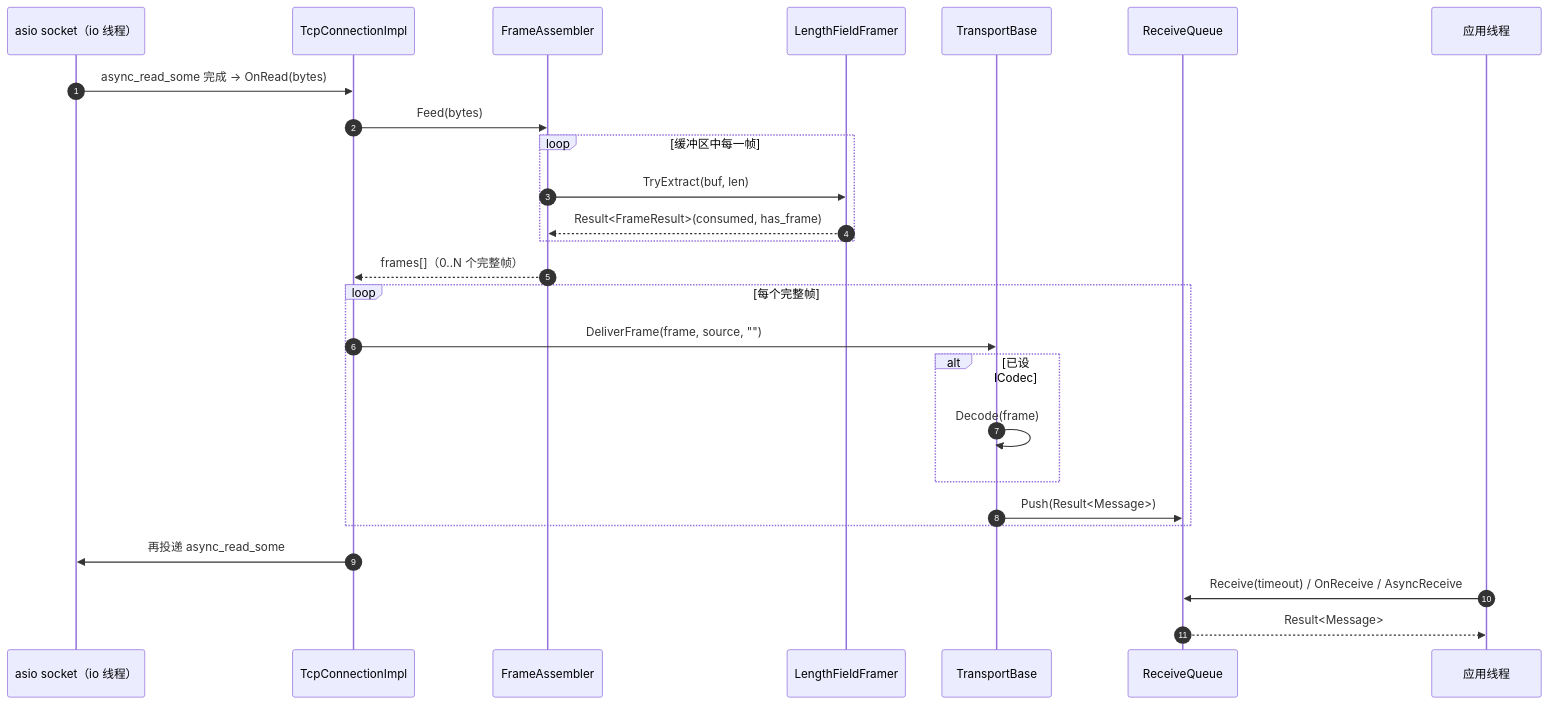
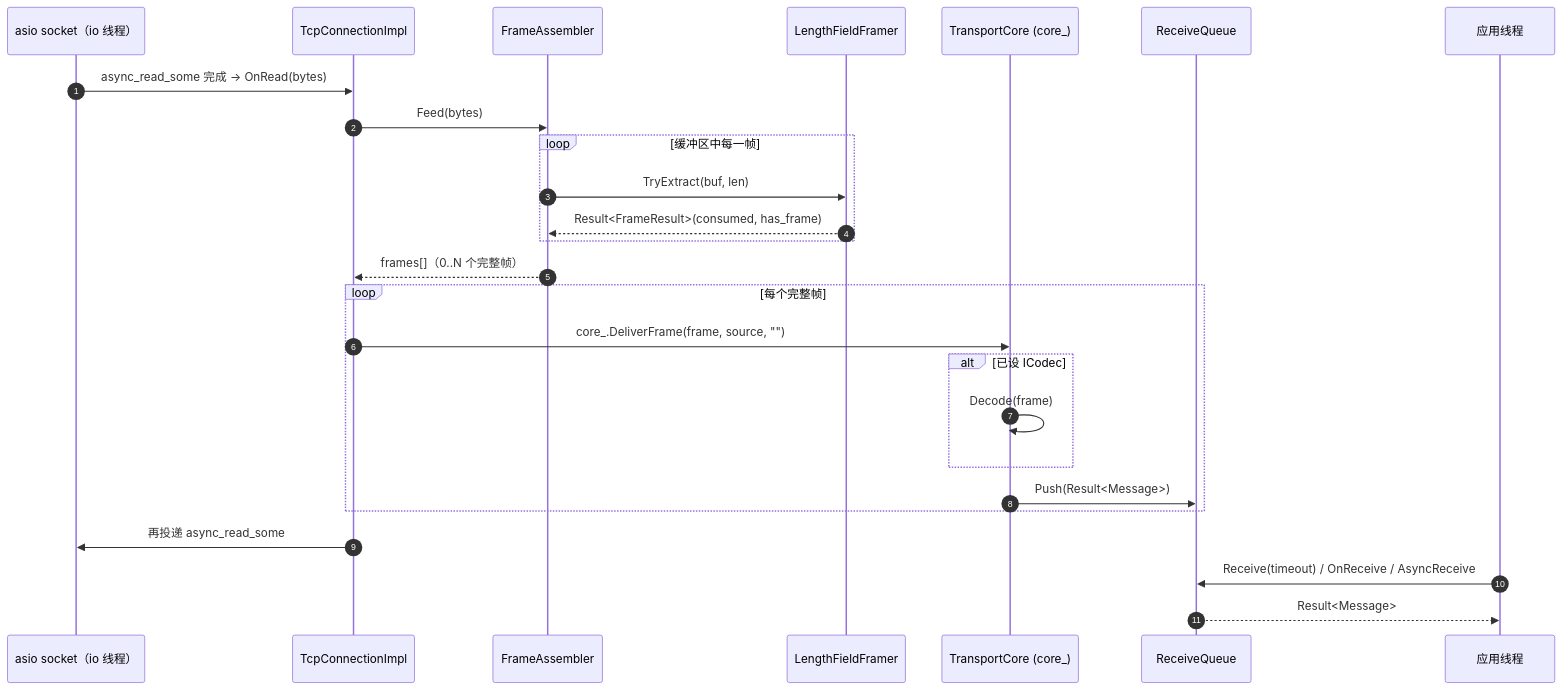
The third of 4 diagrams in docs/superpowers/specs/2026-06-10-foundation-tcp-architecture.md (Ste7an-cs/Transport), drawn with Mermaid before and after one commit. The commit also changed other lines of this file and 1 other file, not shown here.

Commit message:
docs: 重构落定——主 spec §3.4 与 as-built 架构文档改用 TransportCore 组合，并补入 UDP（类图/时序图/依赖说明）

````diff
--- a/docs/superpowers/specs/2026-06-10-foundation-tcp-architecture.md
+++ b/docs/superpowers/specs/2026-06-10-foundation-tcp-architecture.md
@@ -165,30 +201,30 @@
 ```mermaid
 sequenceDiagram
   autonumber
   participant Sock as asio socket（io 线程）
   participant Conn as TcpConnectionImpl
   participant FA as FrameAssembler
   participant FR as LengthFieldFramer
-  participant Base as TransportBase
+  participant Core as TransportCore (core_)
   participant Q as ReceiveQueue
   participant App as 应用线程
 
   Sock->>Conn: async_read_some 完成 → OnRead(bytes)
   Conn->>FA: Feed(bytes)
   loop 缓冲区中每一帧
     FA->>FR: TryExtract(buf, len)
     FR-->>FA: Result<FrameResult>(consumed, has_frame)
   end
   FA-->>Conn: frames[]（0..N 个完整帧）
   loop 每个完整帧
-    Conn->>Base: DeliverFrame(frame, source, "")
+    Conn->>Core: core_.DeliverFrame(frame, source, "")
     alt 已设 ICodec
-      Base->>Base: Decode(frame)
+      Core->>Core: Decode(frame)
     end
-    Base->>Q: Push(Result<Message>)
+    Core->>Q: Push(Result<Message>)
   end
   Conn->>Sock: 再投递 async_read_some
 
   App->>Q: Receive(timeout) / OnReceive / AsyncReceive
   Q-->>App: Result<Message>
 ```
````
